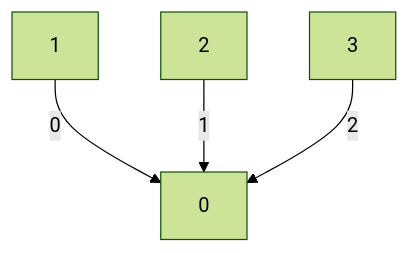
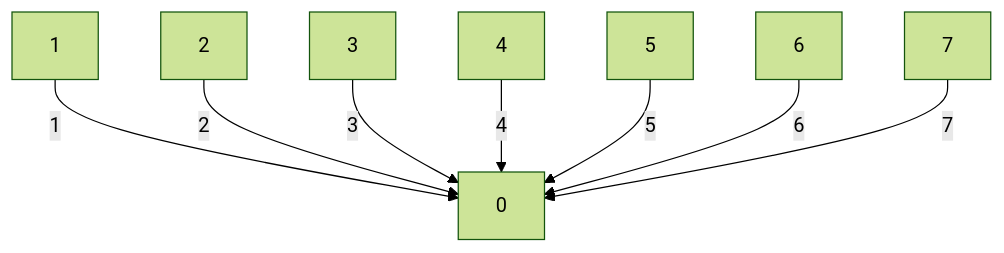
One commit to chen-yingfa/introduction-to-big-data-systems changed the first of 2 diagrams in mpi-reduce/src/report.md. Above: the diagram before and after it, drawn with Mermaid (forest theme). The commit also changed other lines of this file and 1 other file, not shown here.

````diff
--- a/mpi-reduce/src/report.md
+++ b/mpi-reduce/src/report.md
@@ -11,7 +19,11 @@
 ```mermaid
 flowchart TD
-    1 --0--> 0
-    2 --1--> 0
-    3 --2--> 0
+    1 --1--> 0
+    2 --2--> 0
+    3 --3--> 0
+    4 --4--> 0
+    5 --5--> 0
+    6 --6--> 0
+    7 --7--> 0
     
 ```
````
